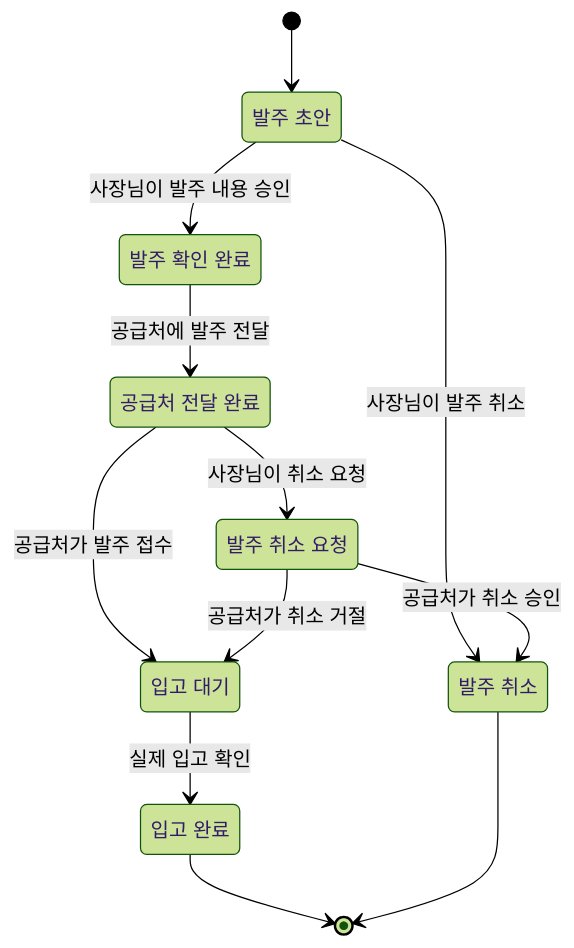
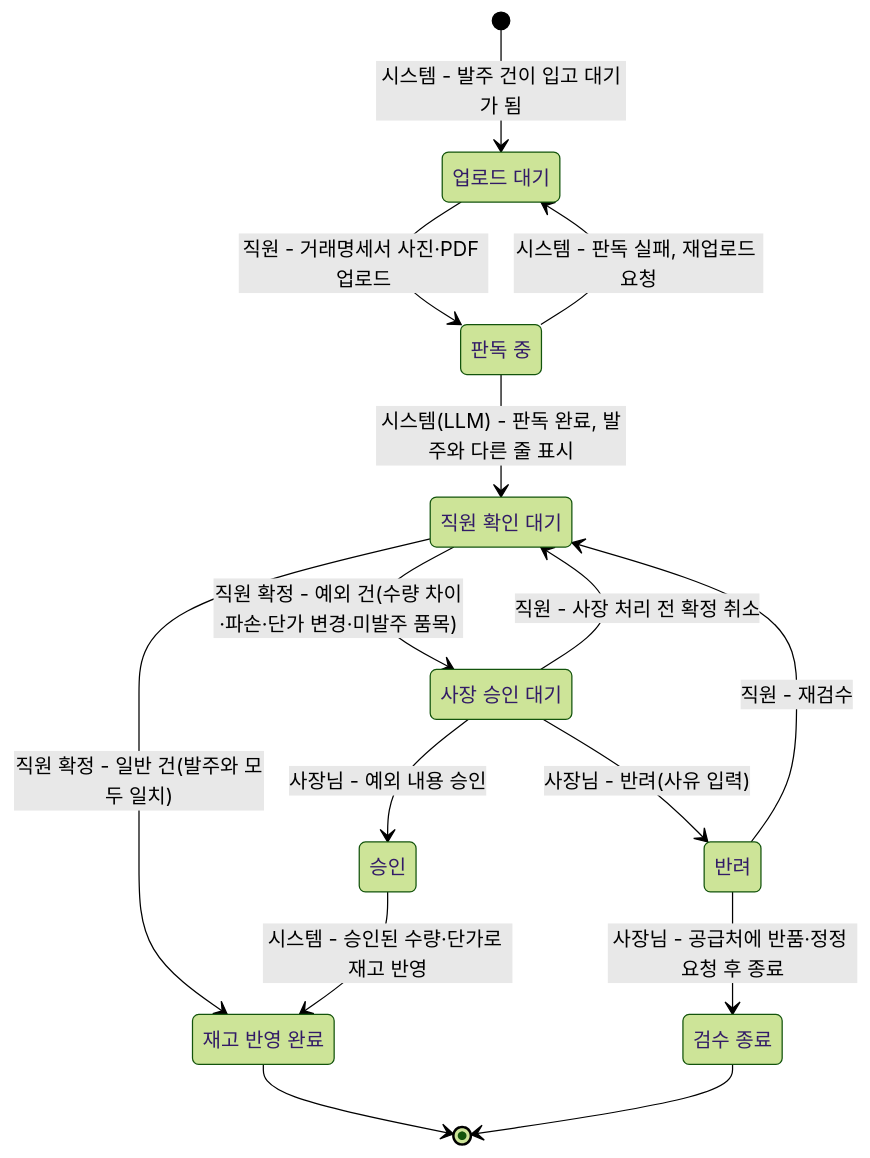
Before and after one commit to Ch0ngchongchong/document: the diagram in docs/domain/03-rules-states-llm.md, drawn with Mermaid (forest theme). The commit also changed other lines of this file, not shown here.

Commit message:
fix: 3-2. 핵심 대상과 상태 전이 수정

````diff
--- a/docs/domain/03-rules-states-llm.md
+++ b/docs/domain/03-rules-states-llm.md
@@ -46,24 +57,29 @@
 ```mermaid
 stateDiagram-v2
-    state "발주 초안" as Draft
-    state "발주 확인 완료" as Confirmed
-    state "공급처 전달 완료" as Sent
-    state "입고 대기" as Waiting
-    state "입고 완료" as Received
-    state "발주 취소" as Canceled
-    state "발주 취소 요청" as CancelRequested
+    state "업로드 대기" as Upload
+    state "판독 중" as Reading
+    state "직원 확인 대기" as StaffCheck
+    state "사장 승인 대기" as OwnerApproval
+    state "승인" as Approved
+    state "반려" as Rejected
+    state "재고 반영 완료" as Applied
+    state "검수 종료" as Closed
 
-    [*] --> Draft
-    Draft --> Confirmed : 사장님이 발주 내용 승인
-    Confirmed --> Sent : 공급처에 발주 전달
-    Sent --> Waiting : 공급처가 발주 접수
-    Waiting --> Received : 실제 입고 확인
+    [*] --> Upload : 시스템 - 발주 건이 입고 대기가 됨
+    Upload --> Reading : 직원 - 거래명세서 사진·PDF 업로드
+    Reading --> StaffCheck : 시스템(LLM) - 판독 완료, 발주와 다른 줄 표시
+    Reading --> Upload : 시스템 - 판독 실패, 재업로드 요청
 
-    Draft --> Canceled : 사장님이 발주 취소
-    Sent --> CancelRequested : 사장님이 취소 요청
-    CancelRequested --> Canceled : 공급처가 취소 승인
-    CancelRequested --> Waiting : 공급처가 취소 거절
+    StaffCheck --> Applied : 직원 확정 - 일반 건(발주와 모두 일치)
+    StaffCheck --> OwnerApproval : 직원 확정 - 예외 건(수량 차이·파손·단가 변경·미발주 품목)
+    OwnerApproval --> StaffCheck : 직원 - 사장 처리 전 확정 취소
 
-    Received --> [*]
-    Canceled --> [*]
+    OwnerApproval --> Approved : 사장님 - 예외 내용 승인
+    OwnerApproval --> Rejected : 사장님 - 반려(사유 입력)
+    Approved --> Applied : 시스템 - 승인된 수량·단가로 재고 반영
+    Rejected --> StaffCheck : 직원 - 재검수
+    Rejected --> Closed : 사장님 - 공급처에 반품·정정 요청 후 종료
+
+    Applied --> [*]
+    Closed --> [*]
 ```
````
